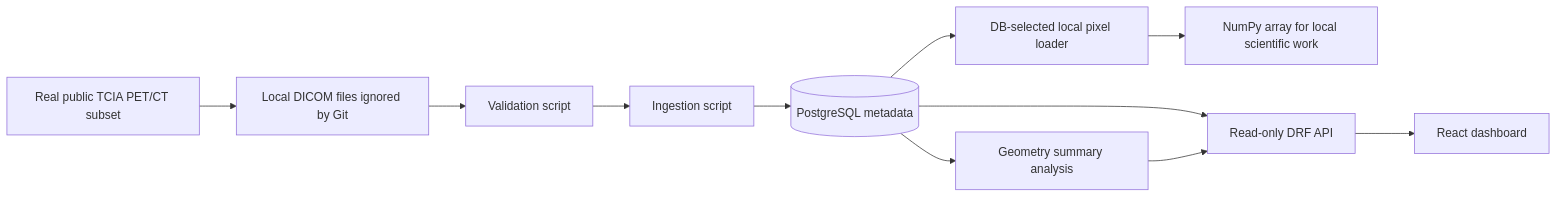
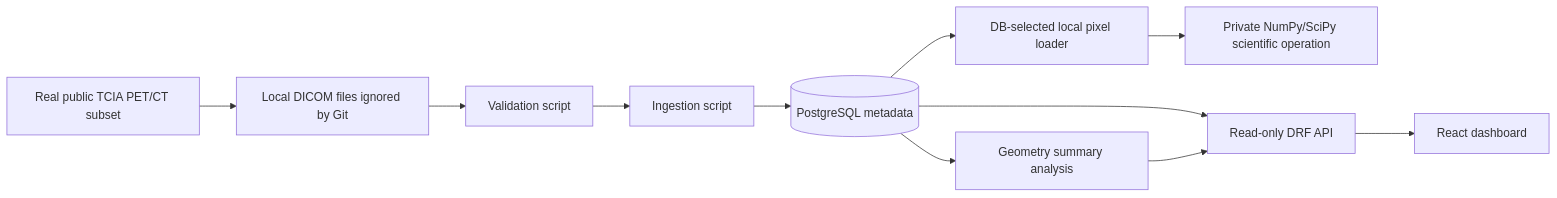
Before and after one commit to wpop/quantitative-molecular-imaging-platform: the diagram in docs/architecture.md, drawn with Mermaid. The commit also changed other lines of this file and 4 other files, not shown here.

Commit message:
Add SciPy DICOM scientific operations

````diff
--- a/docs/architecture.md
+++ b/docs/architecture.md
@@ -10,13 +10,13 @@
 ```mermaid
 flowchart LR
     A[Real public TCIA PET/CT subset] --> B[Local DICOM files ignored by Git]
     B --> C[Validation script]
     C --> D[Ingestion script]
     D --> E[(PostgreSQL metadata)]
     E --> F[Geometry summary analysis]
     E --> I[DB-selected local pixel loader]
-    I --> J[NumPy array for local scientific work]
+    I --> J[Private NumPy/SciPy scientific operation]
     E --> G[Read-only DRF API]
     F --> G
     G --> H[React dashboard]
 ```
````
